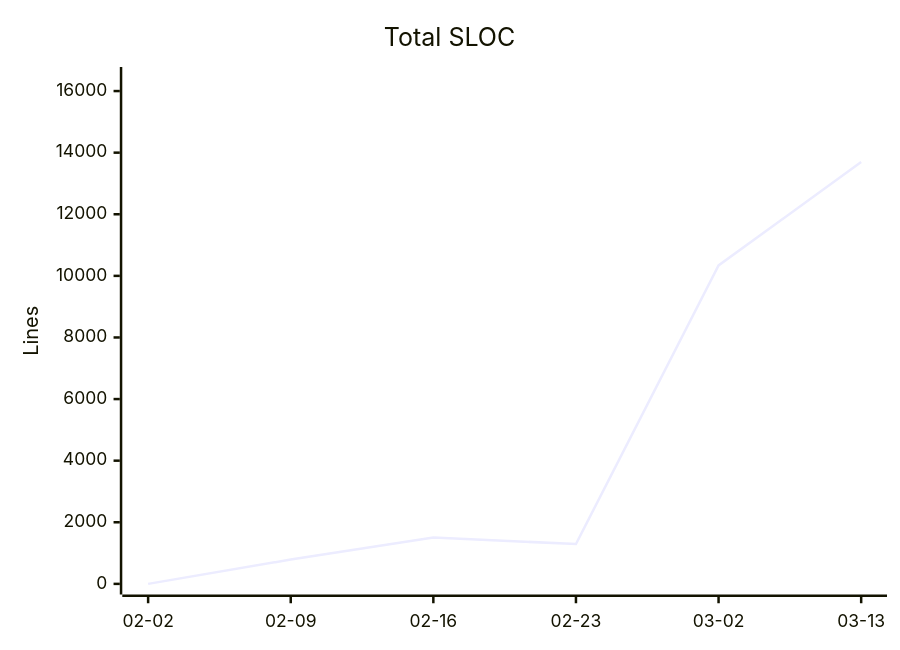
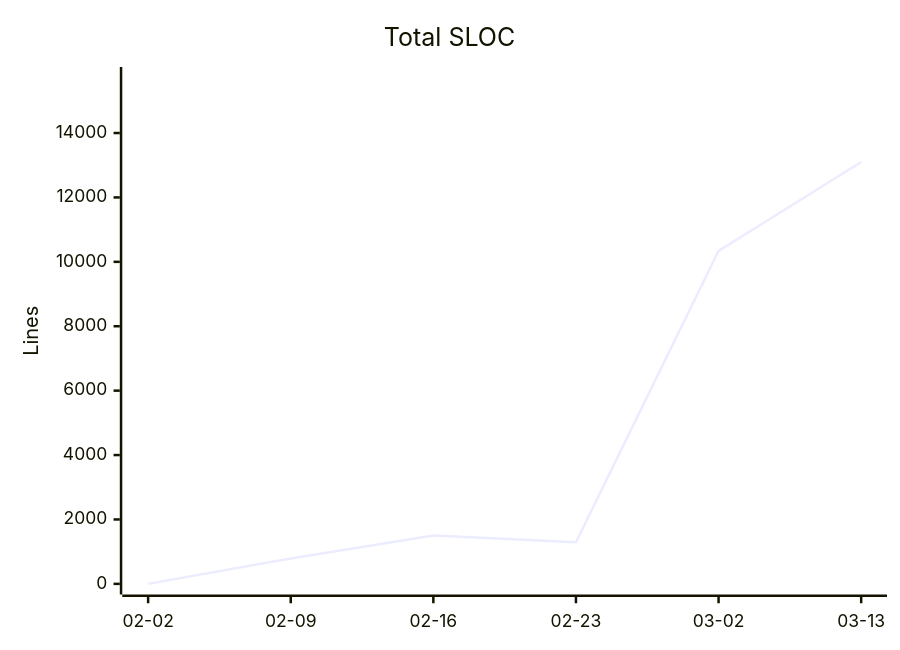
Before and after one commit to nablarch/nabledge-dev: the eighth of 10 diagrams in docs/metrics.md, drawn with Mermaid. The commit also changed other lines of this file and 3 other files, not shown here.

````diff
--- a/docs/metrics.md
+++ b/docs/metrics.md
@@ -108,7 +108,7 @@
 ```mermaid
 xychart-beta
   title "Total SLOC"
   x-axis ["02-02", "02-09", "02-16", "02-23", "03-02", "03-13"]
-  y-axis "Lines" 0 --> 16436
-  line [0, 789, 1503, 1293, 10339, 13696]
+  y-axis "Lines" 0 --> 15720
+  line [0, 789, 1503, 1293, 10339, 13100]
 ```
````
